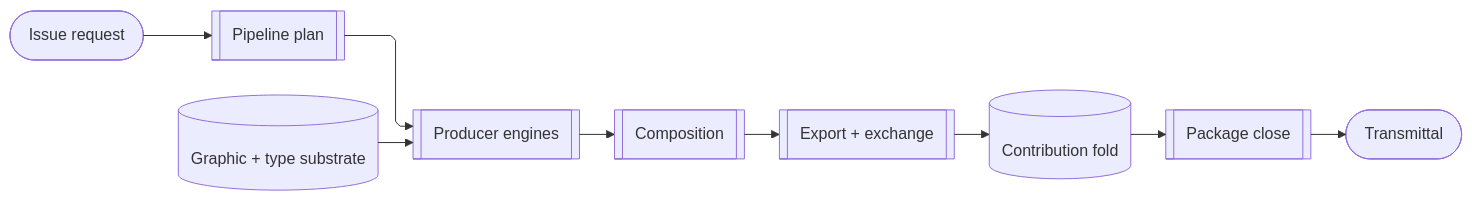
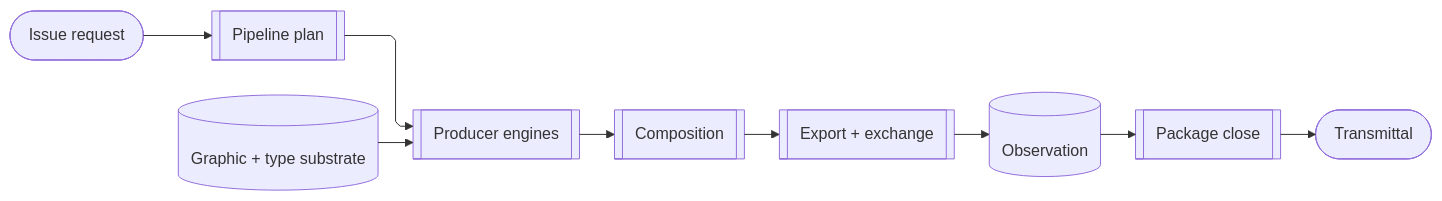
Before and after one commit to bsamiee/Rasm: the third of 3 diagrams in libs/python/artifacts/ARCHITECTURE.md, drawn with Mermaid. The commit also changed other lines of this file and 1417 other files, not shown here.

````diff
--- a/libs/python/artifacts/ARCHITECTURE.md
+++ b/libs/python/artifacts/ARCHITECTURE.md
@@ -282,20 +271,20 @@
 ```mermaid
 ---
 config:
   layout: elk
   flowchart:
     curve: linear
     padding: 25
 ---
 flowchart LR
     accTitle: Artifacts production spine
-    accDescr: How one issue request flows from plan admission through the producer and finishing stages onto the single receipt fold.
+    accDescr: How one issue request flows from plan admission through producer and finishing stages to delivery.
     Issue([Issue request]) e1@--> Plan[[Pipeline plan]]
     Substrate[(Graphic + type substrate)] e2@--> Engines
     Plan e3@--> Engines[[Producer engines]]
     Engines e4@--> Compose[[Composition]]
     Compose e5@--> Finish[[Export + exchange]]
-    Finish e6@--> Fold[(Contribution fold)]
+    Finish e6@--> Fold[(Observation)]
     Fold e7@--> Package[[Package close]]
     Package e8@--> Deliver([Transmittal])
 ```
````
